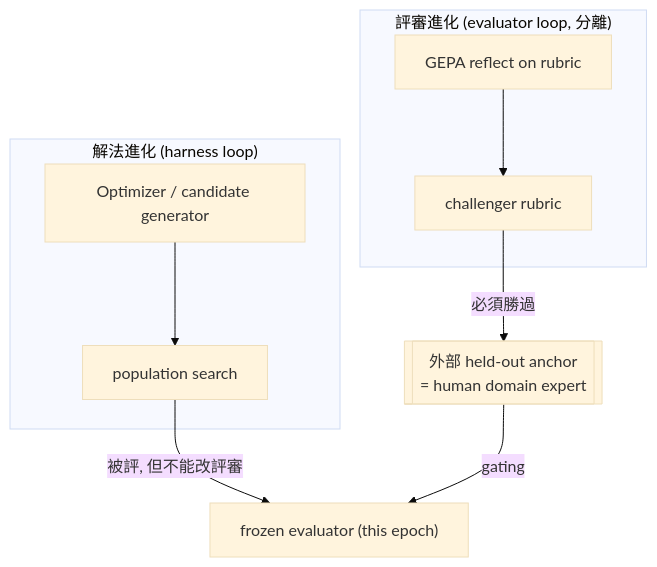
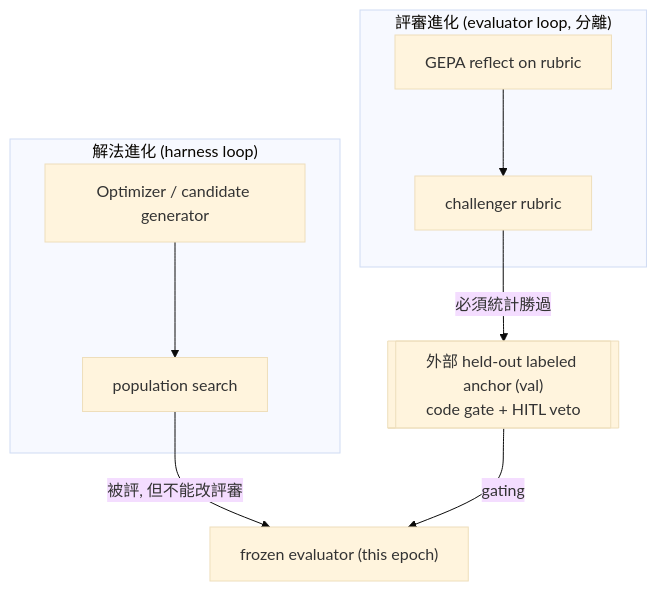
One commit to iiyyll01lin/yy-rqgm changed the fourth of 5 diagrams in docs/03-evaluator.md. Above: the diagram before and after it, drawn with Mermaid (base theme). The commit also changed other lines of this file and 11 other files, not shown here.

````diff
--- a/docs/03-evaluator.md
+++ b/docs/03-evaluator.md
@@ -306,13 +363,13 @@
 ```mermaid
 flowchart TD
     subgraph SOLVE["解法進化 (harness loop)"]
         S1["Optimizer / candidate generator"] --> S2["population search"]
     end
     subgraph JUDGE["評審進化 (evaluator loop, 分離)"]
         J1["GEPA reflect on rubric"] --> J2["challenger rubric"]
     end
-    EXT[["外部 held-out anchor<br/>= human domain expert"]]
+    EXT[["外部 held-out labeled anchor (val)<br/>code gate + HITL veto"]]
     S2 -->|"被評, 但不能改評審"| FROZEN["frozen evaluator (this epoch)"]
-    J2 -->|"必須勝過"| EXT
+    J2 -->|"必須統計勝過"| EXT
     EXT -->|"gating"| FROZEN
 ```
````
